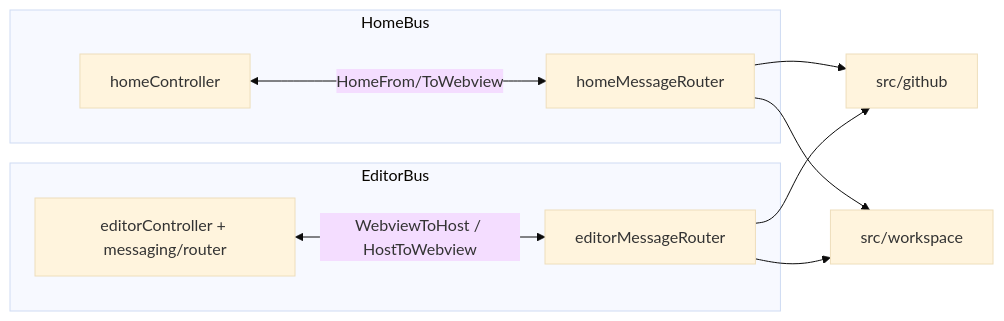
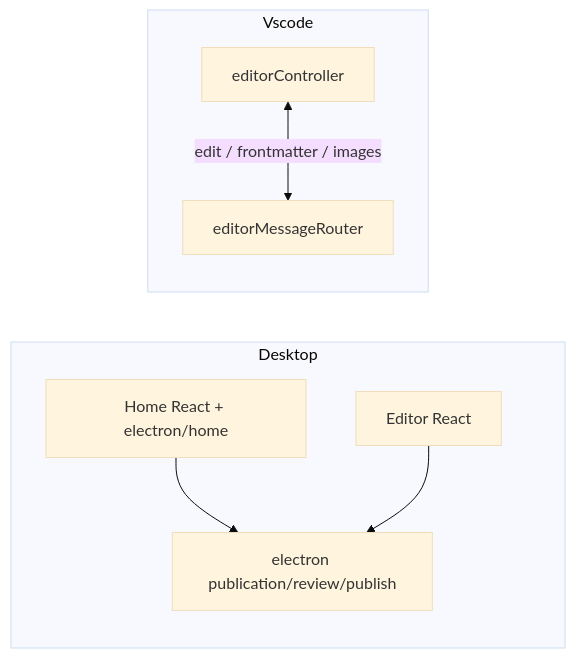
Diagram 11 of 11 in docs/FLOWS.md (SaulMoreyra/slash-md), drawn with Mermaid (base theme) before and after one commit. The commit also changed other lines of this file and 671 other files, not shown here.

````diff
--- a/docs/FLOWS.md
+++ b/docs/FLOWS.md
@@ -282,13 +290,10 @@
 ```mermaid
 flowchart LR
-  subgraph HomeBus
-    Hw[homeController] <-->|HomeFrom/ToWebview| Hh[homeMessageRouter]
+  subgraph Desktop
+    H[Home React + electron/home] --> GH[electron publication/review/publish]
+    Edesk[Editor React] --> GH
   end
-  subgraph EditorBus
-    Ew[editorController + messaging/router] <-->|WebviewToHost / HostToWebview| Eh[editorMessageRouter]
+  subgraph Vscode
+    Ew[editorController] <-->|edit / frontmatter / images| Eh[editorMessageRouter]
   end
-  Hh --> GH[src/github]
-  Eh --> GH
-  Hh --> WS[src/workspace]
-  Eh --> WS
 ```
````
